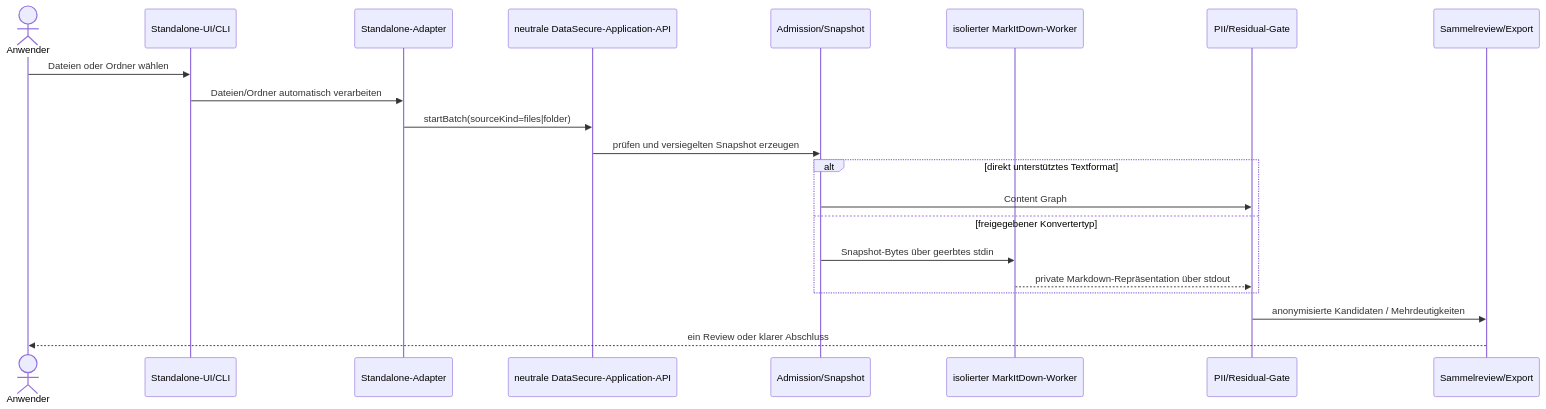
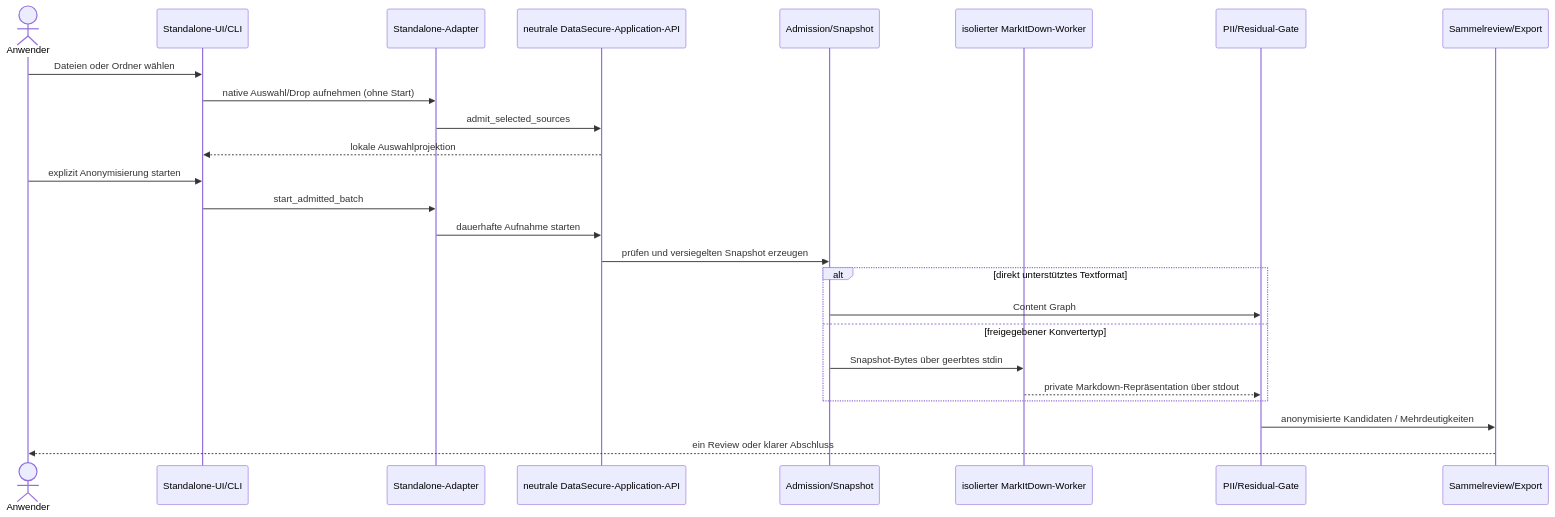
Before and after one commit to renepuhlmannarbeit/msg_gbh_DataSecure: diagram 13 of 16 in docs/canonical/UML_ARCHITECTURE.md, drawn with Mermaid. The commit also changed other lines of this file and 67 other files, not shown here.

Commit message:
feat(standalone): add readable batch identities and native intake in rc106

````diff
--- a/docs/canonical/UML_ARCHITECTURE.md
+++ b/docs/canonical/UML_ARCHITECTURE.md
@@ -492,23 +492,27 @@
 ```mermaid
 sequenceDiagram
   actor U as Anwender
   participant S as Standalone-UI/CLI
   participant A as Standalone-Adapter
   participant E as neutrale DataSecure-Application-API
   participant I as Admission/Snapshot
   participant M as isolierter MarkItDown-Worker
   participant P as PII/Residual-Gate
   participant V as Sammelreview/Export
   U->>S: Dateien oder Ordner wählen
-  S->>A: Dateien/Ordner automatisch verarbeiten
-  A->>E: startBatch(sourceKind=files|folder)
+  S->>A: native Auswahl/Drop aufnehmen (ohne Start)
+  A->>E: admit_selected_sources
+  E-->>S: lokale Auswahlprojektion
+  U->>S: explizit Anonymisierung starten
+  S->>A: start_admitted_batch
+  A->>E: dauerhafte Aufnahme starten
   E->>I: prüfen und versiegelten Snapshot erzeugen
   alt direkt unterstütztes Textformat
     I->>P: Content Graph
   else freigegebener Konvertertyp
     I->>M: Snapshot-Bytes über geerbtes stdin
     M-->>P: private Markdown-Repräsentation über stdout
   end
   P->>V: anonymisierte Kandidaten / Mehrdeutigkeiten
   V-->>U: ein Review oder klarer Abschluss
 ```
````
